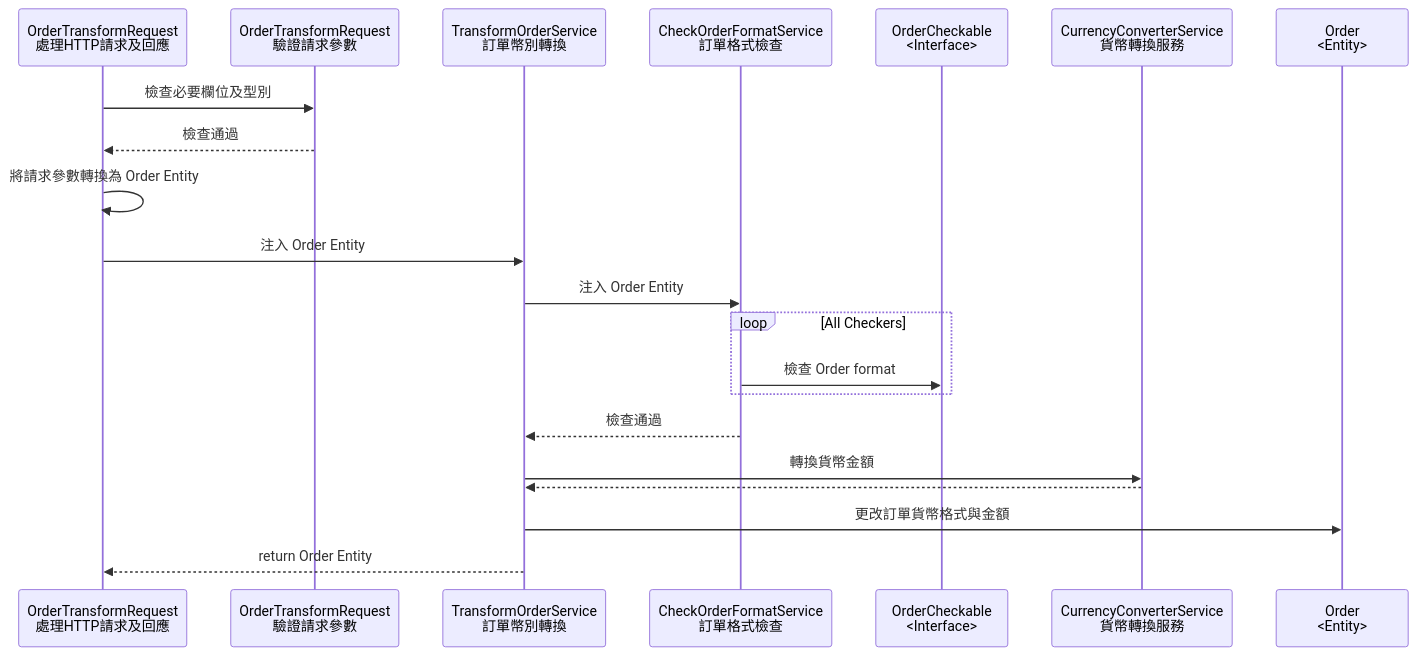
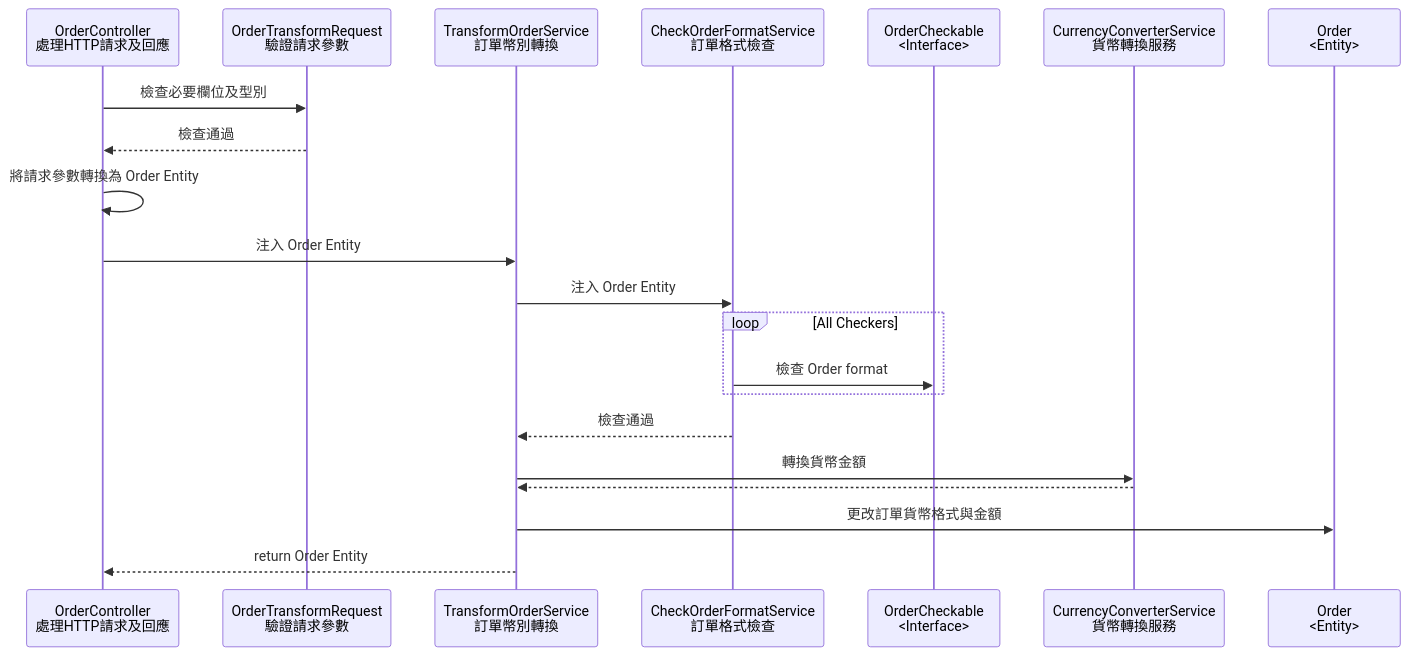
Before and after one commit to benny-sun/AsiaYoAssignment: the diagram in README.md, drawn with Mermaid.

````diff
--- a/README.md
+++ b/README.md
@@ -59,24 +59,24 @@
 ```mermaid
 sequenceDiagram
-    participant OrderController as OrderTransformRequest<br>處理HTTP請求及回應
+    participant OrderController as OrderController<br>處理HTTP請求及回應
     participant OrderTransformRequest as OrderTransformRequest<br>驗證請求參數
     participant TransformOrderService as TransformOrderService<br>訂單幣別轉換
     participant CheckOrderFormatService as CheckOrderFormatService<br>訂單格式檢查
     participant OrderCheckable as OrderCheckable<br><Interface>
     participant CurrencyConverterService as CurrencyConverterService<br>貨幣轉換服務
     participant Order as Order<br><Entity>
 
     OrderController ->> OrderTransformRequest: 檢查必要欄位及型別
     OrderTransformRequest -->> OrderController: 檢查通過
     OrderController ->> OrderController: 將請求參數轉換為 Order Entity
     OrderController ->> TransformOrderService: 注入 Order Entity
     TransformOrderService ->> CheckOrderFormatService: 注入 Order Entity
     loop All Checkers
     CheckOrderFormatService ->> OrderCheckable: 檢查 Order format
     end
     CheckOrderFormatService -->> TransformOrderService: 檢查通過
     TransformOrderService ->> CurrencyConverterService: 轉換貨幣金額
     CurrencyConverterService -->> TransformOrderService: 
     TransformOrderService ->> Order: 更改訂單貨幣格式與金額
     TransformOrderService -->> OrderController: return Order Entity
 ```
````
